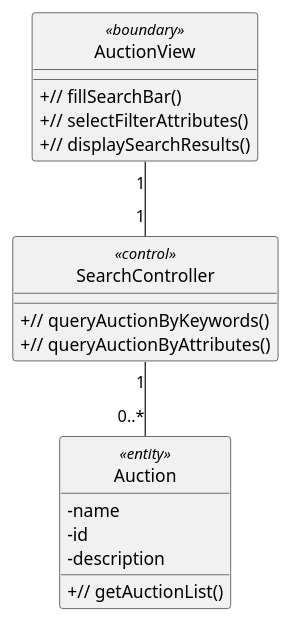
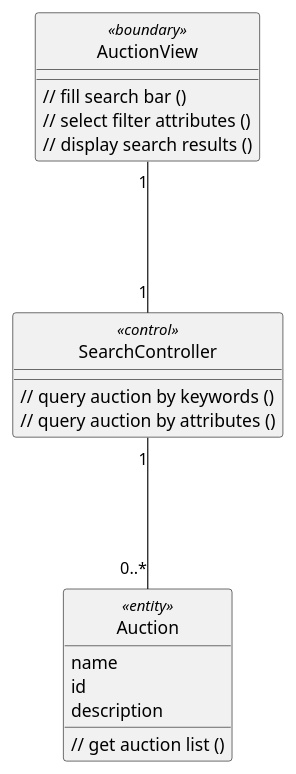
The diagram in uml/analysis/class/search_for_auction.pu (anhbanlinhle/velocity-exchange), drawn with PlantUML before and after one commit. The commit also changed 3 other files, not shown here.

Commit message:
doc[lynn]: vopc diagram 4-6-7-8

```diff
--- a/uml/analysis/class/search_for_auction.pu
+++ b/uml/analysis/class/search_for_auction.pu
@@ -1,35 +1,35 @@
 @startuml 
 skinparam classAttributeIconSize 0
 skinparam linetype ortho
 hide circle
 class AuctionView <<boundary>> {
 
-    + // fillSearchBar()
-    + // selectFilterAttributes()
-    + // displaySearchResults()
+    // fill search bar ()
+    // select filter attributes ()
+    // display search results ()
 
     }
 
 class SearchController <<control>> {
     
-    + // queryAuctionByKeywords()
-    + // queryAuctionByAttributes()
+    // query auction by keywords ()
+    // query auction by attributes ()
 
     }
 
 class Auction <<entity>> {
-    - name
-    - id
-    - description
+    name
+    id
+    description
 
-    + // getAuctionList()
+    // get auction list ()
 
     }
 
 
-AuctionView "1" -- "1" SearchController
+AuctionView "1" --- "1" SearchController
 
-SearchController "1" -- "0..*" Auction
+SearchController "1" --- "0..*" Auction
 
 
 @enduml
```
